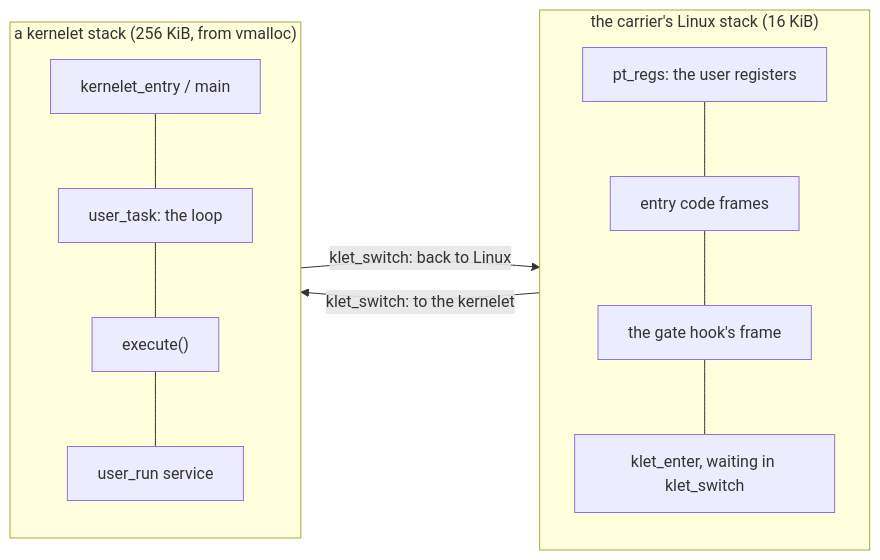
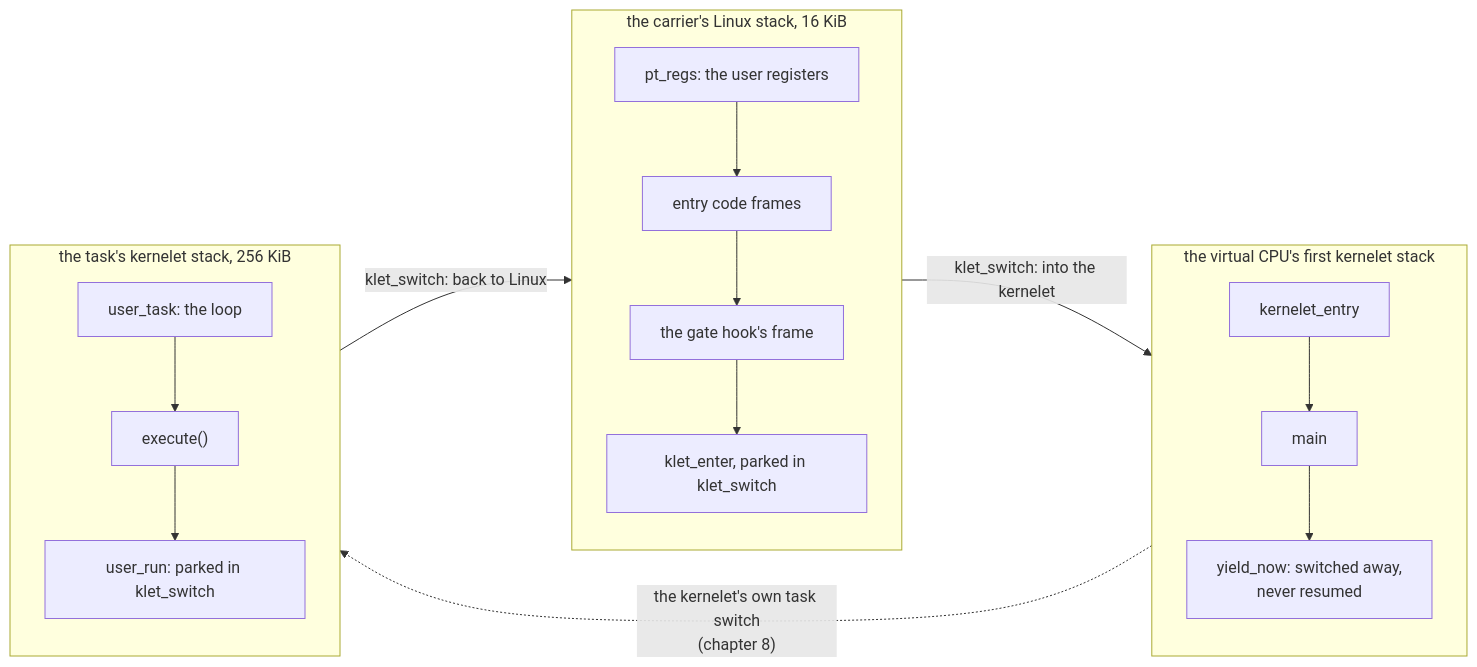
Before and after one commit to Plucky923/kernelet: the diagram in src/two-stacks.md, drawn with Mermaid. The commit also changed other lines of this file and 12 other files, not shown here.

````diff
--- a/src/two-stacks.md
+++ b/src/two-stacks.md
@@ -17,13 +17,18 @@
 ```mermaid
 flowchart LR
-    subgraph L["the carrier's Linux stack (16 KiB)"]
+    subgraph L["the carrier's Linux stack, 16 KiB"]
         direction TB
-        l1["pt_regs: the user registers"] --- l2["entry code frames"] --- l3["the gate hook's frame"] --- l4["klet_enter, waiting in klet_switch"]
+        l1["pt_regs: the user registers"] --> l2["entry code frames"] --> l3["the gate hook's frame"] --> l4["klet_enter, parked in klet_switch"]
     end
-    subgraph K["a kernelet stack (256 KiB, from vmalloc)"]
+    subgraph B["the virtual CPU's first kernelet stack"]
         direction TB
-        k1["kernelet_entry / main"] --- k2["user_task: the loop"] --- k3["execute()"] --- k4["user_run service"]
+        b1["kernelet_entry"] --> b2["main"] --> b3["yield_now: switched away,<br/>never resumed"]
     end
-    l4 -- "klet_switch: to the kernelet" --> k1
-    k4 -- "klet_switch: back to Linux" --> l4
+    subgraph K["the task's kernelet stack, 256 KiB"]
+        direction TB
+        k1["user_task: the loop"] --> k2["execute()"] --> k3["user_run: parked in klet_switch"]
+    end
+    L -- "klet_switch: into the kernelet" --> B
+    B -. "the kernelet's own task switch<br/>(chapter 8)" .-> K
+    K -- "klet_switch: back to Linux" --> L
 ```
````
